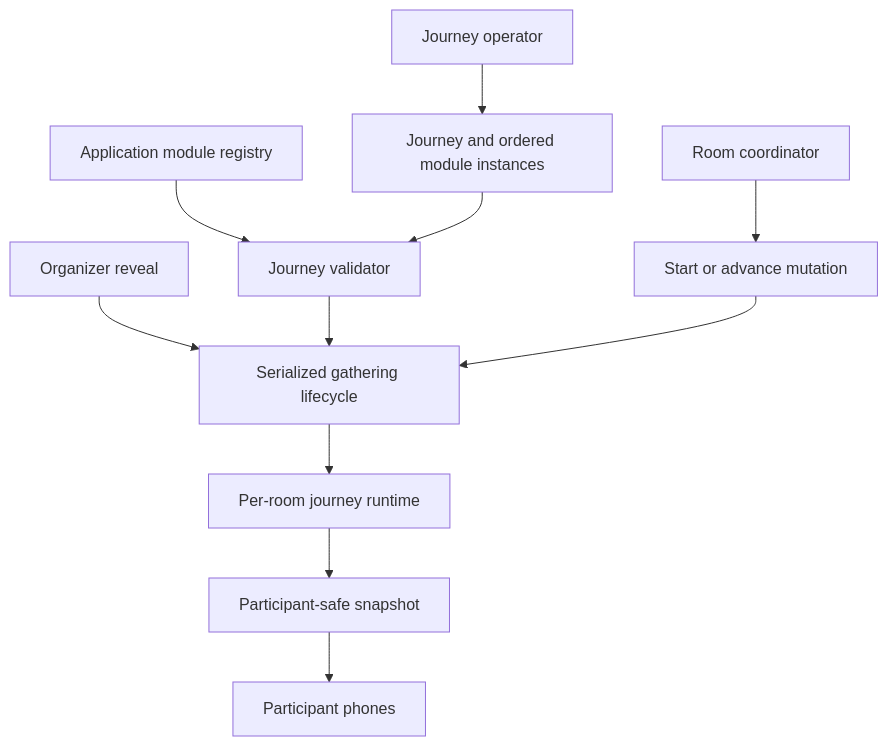
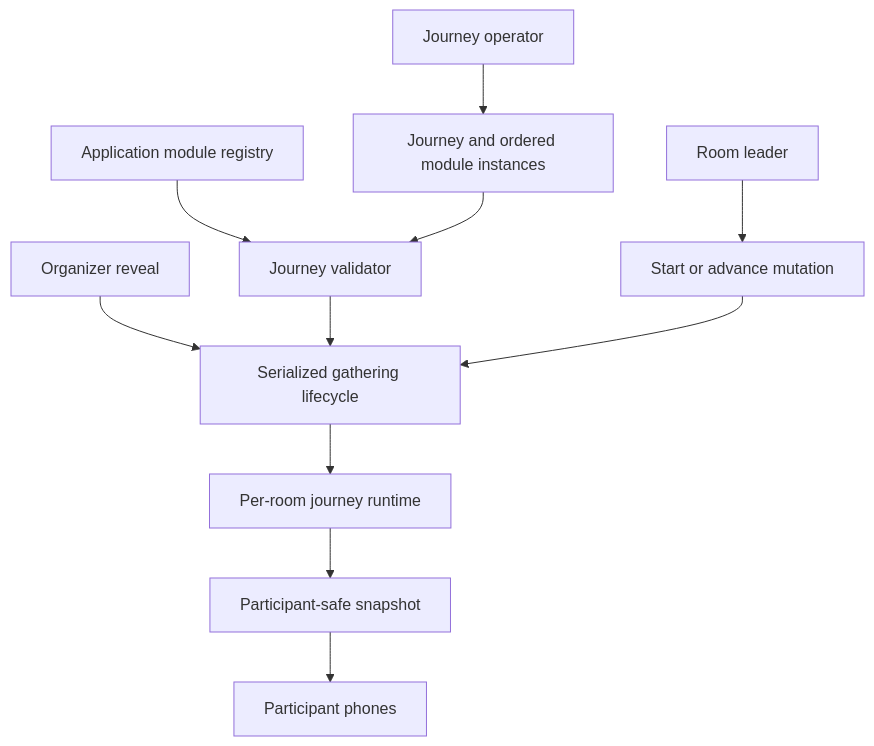
Before and after one commit to JesusFilm/dop: the second of 3 diagrams in docs/plans/2026-07-26-001-feat-room-journey-framework-plan.md, drawn with Mermaid. The commit also changed other lines of this file and 35 other files, not shown here.

````diff
--- a/docs/plans/2026-07-26-001-feat-room-journey-framework-plan.md
+++ b/docs/plans/2026-07-26-001-feat-room-journey-framework-plan.md
@@ -255,13 +255,13 @@
 ```mermaid
 flowchart TB
   Operator["Journey operator"] --> Journey["Journey and ordered module instances"]
   Registry["Application module registry"] --> Validator["Journey validator"]
   Journey --> Validator
   Organizer["Organizer reveal"] --> Lifecycle["Serialized gathering lifecycle"]
   Validator --> Lifecycle
   Lifecycle --> RoomRuntime["Per-room journey runtime"]
   RoomRuntime --> Projection["Participant-safe snapshot"]
   Projection --> Participant["Participant phones"]
-  Coordinator["Room coordinator"] --> Advance["Start or advance mutation"]
+  Leader["Room leader"] --> Advance["Start or advance mutation"]
   Advance --> Lifecycle
 ```
````
